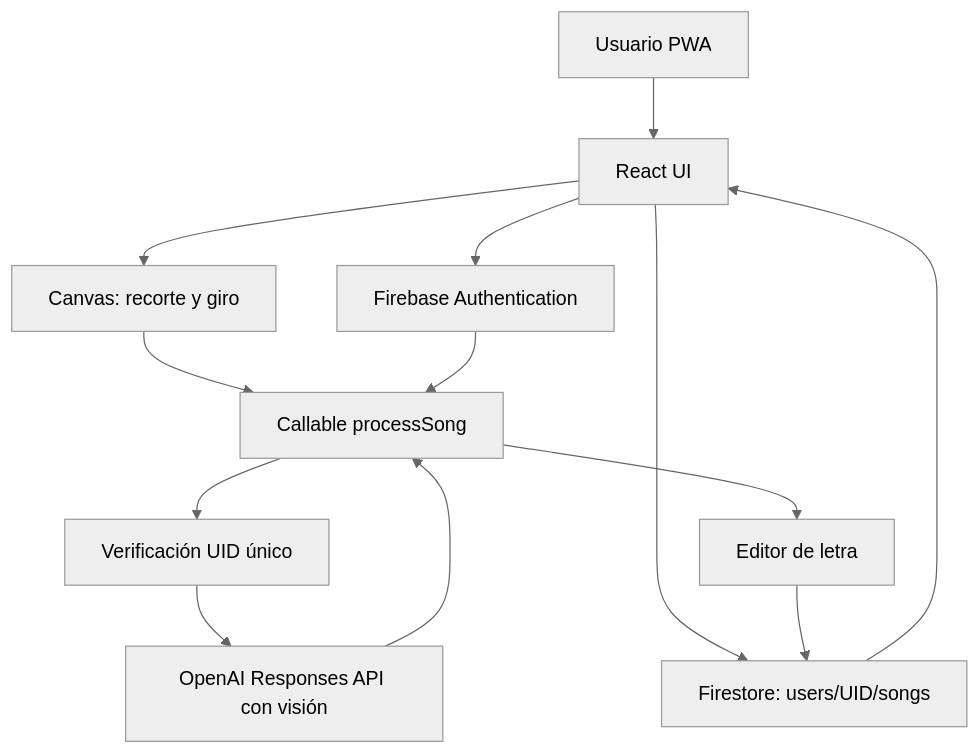
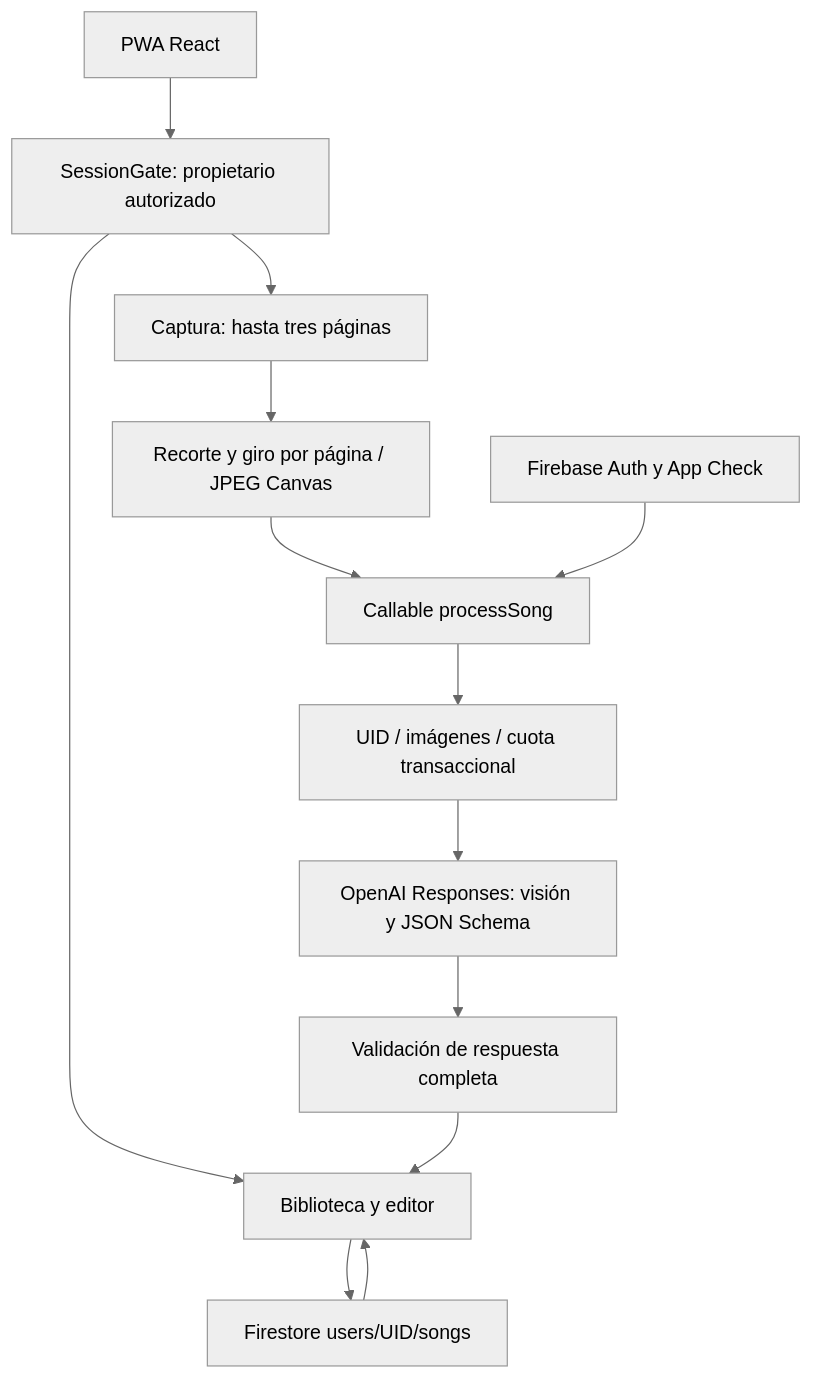
One commit to erzonmr/songs_scan changed the diagram in docs/ARCHITECTURE.md. Above: the diagram before and after it, drawn with Mermaid (neutral theme). The commit also changed other lines of this file and 45 other files, not shown here.

Commit message:
Prepara PWA para despliegue seguro en Firebase

````diff
--- a/docs/ARCHITECTURE.md
+++ b/docs/ARCHITECTURE.md
@@ -3,15 +3,15 @@
 ```mermaid
 flowchart TD
-  A[Usuario PWA] --> B[React UI]
-  B --> C[Canvas: recorte y giro]
-  B --> D[Firebase Authentication]
-  B --> E[Firestore: users/UID/songs]
-  C --> F[Callable processSong]
-  D --> F
-  F --> G[Verificación UID único]
-  G --> H[OpenAI Responses API con visión]
-  H --> F
-  F --> I[Editor de letra]
-  I --> E
-  E --> B
+  A[PWA React] --> B[SessionGate: propietario autorizado]
+  B --> C[Biblioteca y editor]
+  B --> D[Captura: hasta tres páginas]
+  D --> E[Recorte y giro por página / JPEG Canvas]
+  E --> F[Callable processSong]
+  G[Firebase Auth y App Check] --> F
+  F --> H[UID / imágenes / cuota transaccional]
+  H --> I[OpenAI Responses: visión y JSON Schema]
+  I --> J[Validación de respuesta completa]
+  J --> C
+  C --> K[Firestore users/UID/songs]
+  K --> C
 ```
````
